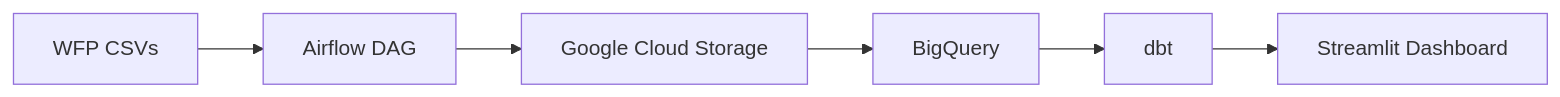
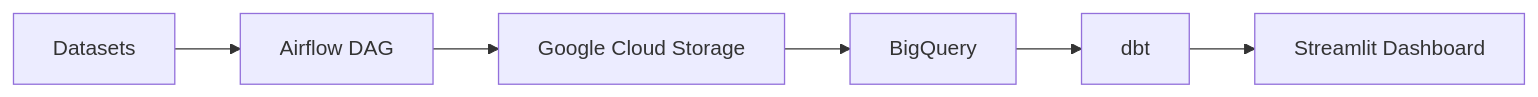
One commit to eduardodfran/ph-economic-pulse-tracker changed the diagram in README.md. Above: the diagram before and after it, drawn with Mermaid.

Commit message:
Fix architecture diagram: update data flow from WFP CSVs to Datasets for clarity

````diff
--- a/README.md
+++ b/README.md
@@ -32,8 +32,8 @@
 ```mermaid
 flowchart LR
-    WFP[WFP CSVs] --> Airflow[Airflow DAG]
+    Datasets --> Airflow[Airflow DAG]
     Airflow --> GCS[Google Cloud Storage]
     GCS --> BQ[BigQuery]
     BQ --> dbt[dbt]
     dbt --> Streamlit[Streamlit Dashboard]
 ```
````
